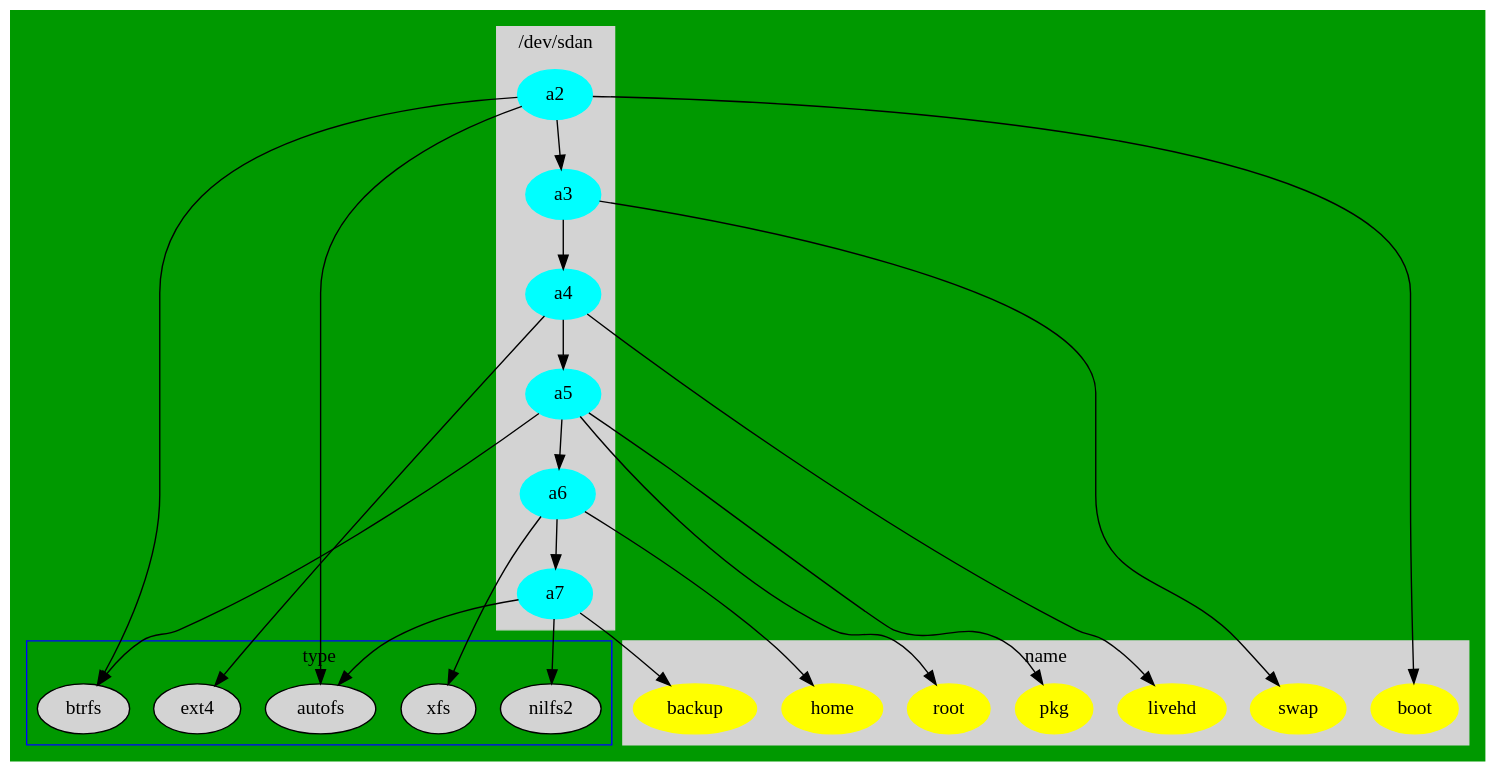
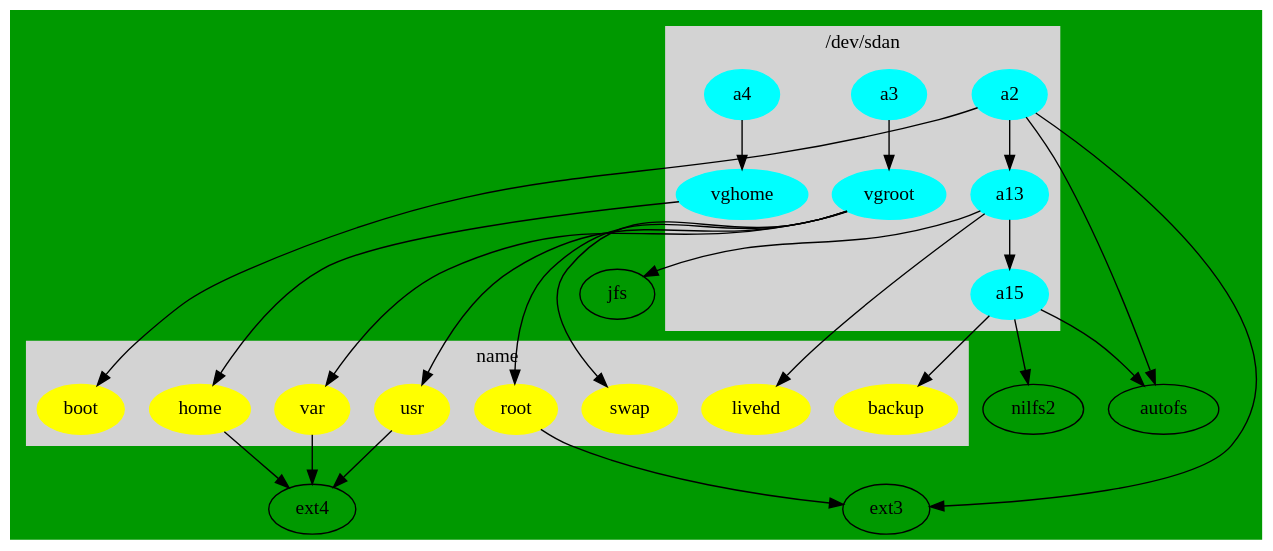
Before and after one commit to cdede/dotfiles: the diagram in dot/.config/dupl/parted.dot, drawn with Graphviz.

Commit message:
btrfs 0.19, lvm back

```diff
--- a/dot/.config/dupl/parted.dot
+++ b/dot/.config/dupl/parted.dot
@@ -1,52 +1,47 @@
 // dot -Tpng  parted.dot -o line1.png
 digraph G {
   bgcolor ="#009900";
 
 	subgraph cluster_0 {
 		style=filled;
 		color=lightgrey;
 		node [style=filled,color=cyan];
-		a2 -> a3 ->a4-> a5->a6->a7;
+		a2 -> a13->a15;
+                a3 ->vgroot;
+                a4 ->vghome;
 		label = "/dev/sdan";
 	}
 
-	subgraph cluster_1 {
-		node [style=filled];
-		btrfs;
-                xfs;
-                ext4;
-                autofs;
-                nilfs2;
-		label = "type";
-		color=blue
-	}
 	subgraph cluster_2 {
 		style=filled;
 		color=lightgrey;
 		node [style=filled,color=yellow];
 		boot;
 		backup;
                 livehd;
 		root ;
-                pkg;  //  /var/cache/pacman/pkg
+                usr;
+                var;
 		swap;
 		home;
 		label = "name";
 	}
 
 	a2 -> boot;
-	a2 -> btrfs;
+	a2 -> ext3;
 	a2 -> autofs;
-        a3 -> swap ;
-        a7 -> backup;
-        a7 -> nilfs2;
-        a7 -> autofs;
-        a5 -> root ;
-        a5 -> pkg ;
-	a5 -> btrfs;
-	a6 -> xfs;
- //       Maximizing_Performance
-        a6 -> home;
-        a4 ->livehd;
-        a4 ->ext4;
+        vgroot -> swap ;
+        vgroot -> root ;
+        root -> ext3;
+        vgroot -> usr ;
+        usr ->ext4;
+        vgroot -> var ;
+        var ->ext4;
+        a15 -> backup;
+        a15 -> nilfs2;
+        a15 -> autofs;
+        vghome -> home;
+	home -> ext4;
+        a13 ->livehd;
+        a13 ->jfs;
 }
```
